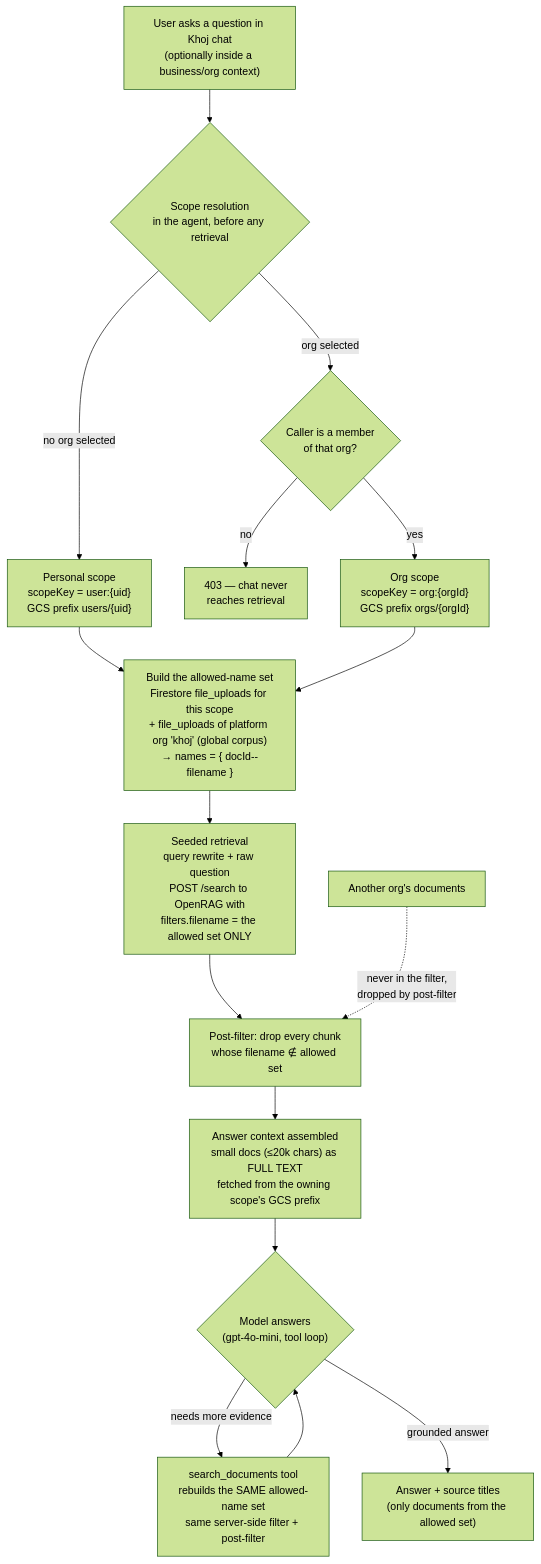
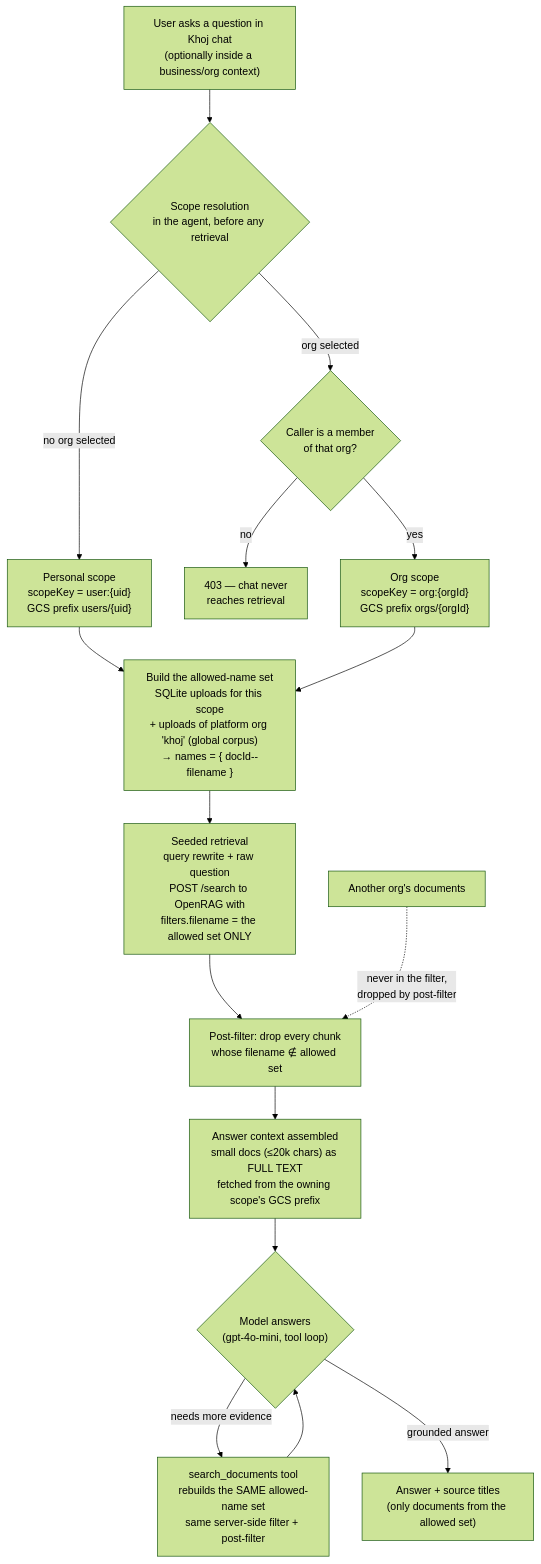
The diagram in docs/chat-isolation-flow.md (anujgupta9860/khoj-ai), drawn with Mermaid (forest theme) before and after one commit. The commit also changed other lines of this file and 37 other files, not shown here.

````diff
--- a/docs/chat-isolation-flow.md
+++ b/docs/chat-isolation-flow.md
@@ -29,25 +29,25 @@
 ```mermaid
 flowchart TB
     Q["User asks a question in Khoj chat<br/>(optionally inside a business/org context)"]
 
     Q --> SCOPE{"Scope resolution<br/>in the agent, before any retrieval"}
 
     SCOPE -->|"no org selected"| PERS["Personal scope<br/>scopeKey = user:{uid}<br/>GCS prefix users/{uid}"]
     SCOPE -->|"org selected"| MEMB{"Caller is a member<br/>of that org?"}
     MEMB -->|"no"| DENY["403 — chat never<br/>reaches retrieval"]
     MEMB -->|"yes"| ORGS["Org scope<br/>scopeKey = org:{orgId}<br/>GCS prefix orgs/{orgId}"]
 
-    PERS --> NAMES["Build the allowed-name set<br/>Firestore file_uploads for this scope<br/>+ file_uploads of platform org 'khoj' (global corpus)<br/>→ names = { docId--filename }"]
+    PERS --> NAMES["Build the allowed-name set<br/>SQLite uploads for this scope<br/>+ uploads of platform org 'khoj' (global corpus)<br/>→ names = { docId--filename }"]
     ORGS --> NAMES
 
     NAMES --> SEED["Seeded retrieval<br/>query rewrite + raw question<br/>POST /search to OpenRAG with<br/>filters.filename = the allowed set ONLY"]
     SEED --> POST1["Post-filter: drop every chunk<br/>whose filename ∉ allowed set"]
     POST1 --> CTX["Answer context assembled<br/>small docs (≤20k chars) as FULL TEXT<br/>fetched from the owning scope's GCS prefix"]
 
     CTX --> LOOP{"Model answers<br/>(gpt-4o-mini, tool loop)"}
     LOOP -->|"needs more evidence"| TOOL["search_documents tool<br/>rebuilds the SAME allowed-name set<br/>same server-side filter + post-filter"]
     TOOL --> LOOP
     LOOP -->|"grounded answer"| ANS["Answer + source titles<br/>(only documents from the allowed set)"]
 
     XORG["Another org's documents"] -.->|"never in the filter,<br/>dropped by post-filter"| POST1
 ```
````
